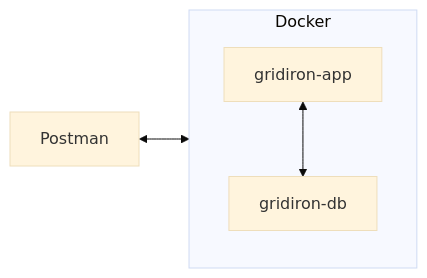
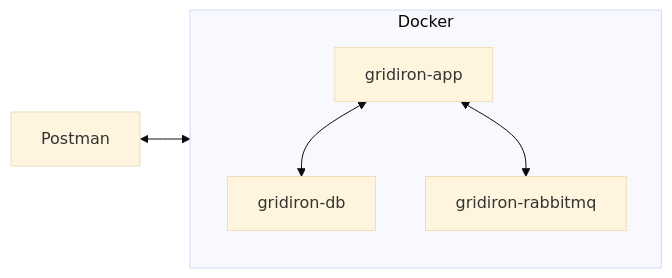
Before and after one commit to ccthomas/gridiron: the first of 5 diagrams in docs/TECHNICAL_DESIGN.md, drawn with Mermaid (base theme). The commit also changed other lines of this file and 21 other files, not shown here.

````diff
--- a/docs/TECHNICAL_DESIGN.md
+++ b/docs/TECHNICAL_DESIGN.md
@@ -34,10 +34,12 @@
 ```mermaid
 flowchart LR
   subgraph Docker
     direction TB
     gridiron-app
     gridiron-db
+    gridiron-rabbitmq
   end
   Postman <--> gridiron-app
   gridiron-app <--> gridiron-db
+  gridiron-app <--> gridiron-rabbitmq
 ```
````
